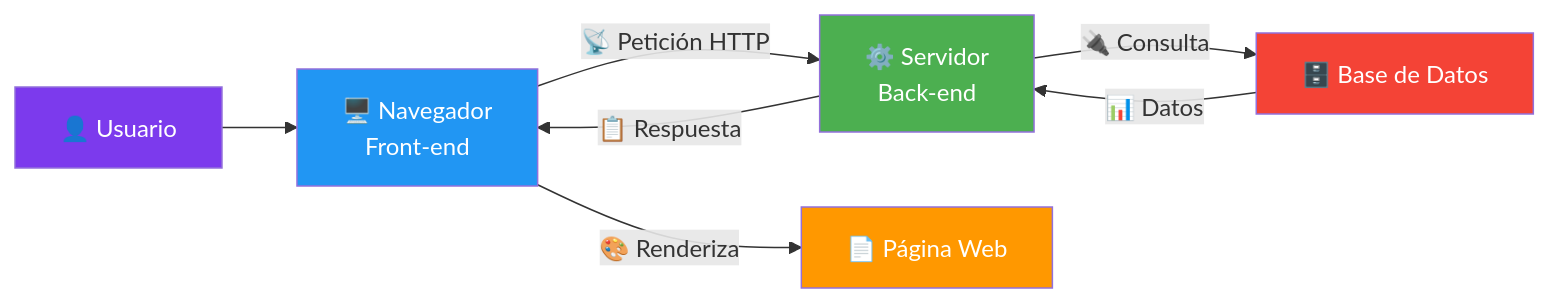
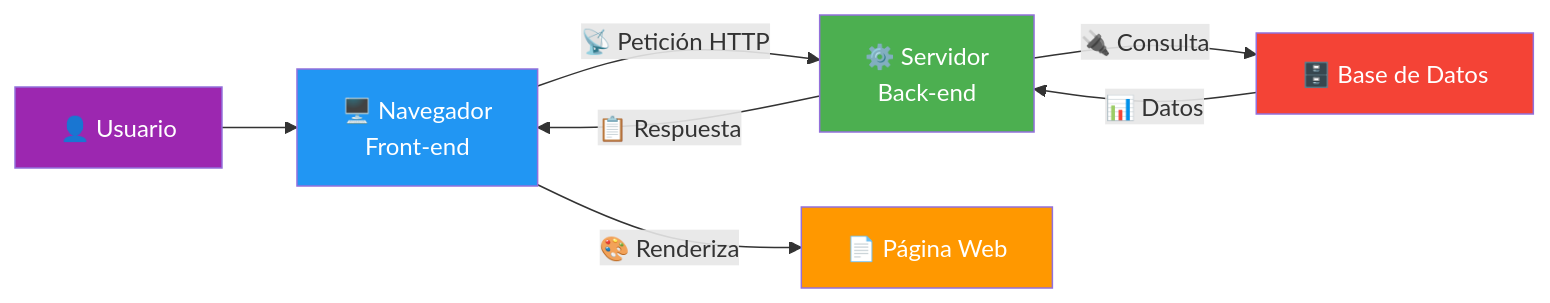
Before and after one commit to joseluisgs/DesarrolloWebEntornosServidor-01-2026-2027: the second of 4 diagrams in 01-introduccion-web.md, drawn with Mermaid. The commit also changed other lines of this file and 77 other files, not shown here.

````diff
--- a/01-introduccion-web.md
+++ b/01-introduccion-web.md
@@ -79,15 +79,15 @@
 ```mermaid
 graph LR
     A["👤 Usuario"] --> B["🖥️ Navegador<br/>Front-end"]
     B -->|"📡 Petición HTTP"| C["⚙️ Servidor<br/>Back-end"]
     C -->|"📋 Respuesta"| B
     B -->|"🎨 Renderiza"| D["📄 Página Web"]
     C -->|"🔌 Consulta"| E["🗄️ Base de Datos"]
     E -->|"📊 Datos"| C
 
-    style A fill:#7c3aed,color:#fff
+    style A fill:#9C27B0,color:#fff
     style B fill:#2196F3,color:#fff
     style C fill:#4CAF50,color:#fff
     style D fill:#FF9800,color:#fff
     style E fill:#f44336,color:#fff
 ```
````
